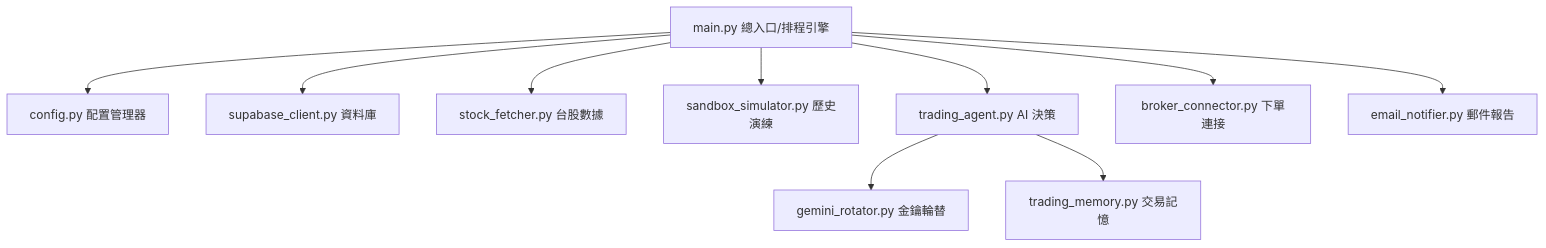
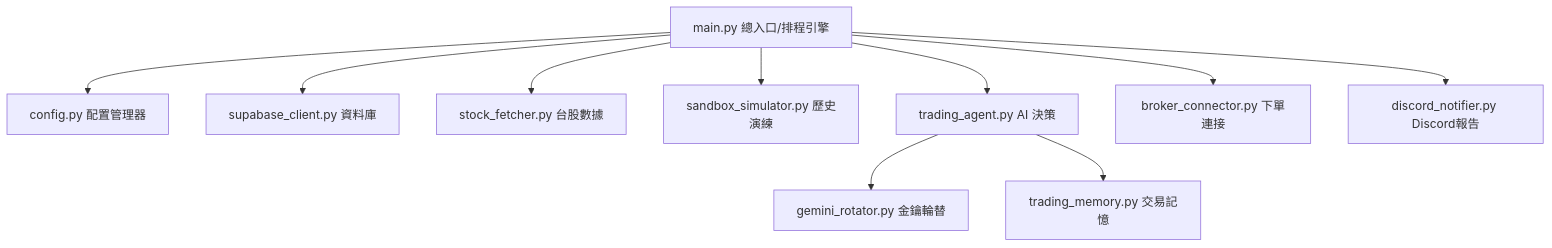
One commit to Jpopaholic/AIAutoStocks changed the diagram in README.md. Above: the diagram before and after it, drawn with Mermaid. The commit also changed other lines of this file and 11 other files, not shown here.

Commit message:
feat: replace email notification service with Discord webhook integration

````diff
--- a/README.md
+++ b/README.md
@@ -17,14 +17,14 @@
 ```mermaid
 graph TD
     A[main.py 總入口/排程引擎] --> B[config.py 配置管理器]
     A --> C[supabase_client.py 資料庫]
     A --> D[stock_fetcher.py 台股數據]
     A --> E[sandbox_simulator.py 歷史演練]
     A --> F[trading_agent.py AI 決策]
     
     F --> G[gemini_rotator.py 金鑰輪替]
     F --> H[trading_memory.py 交易記憶]
     
     A --> I[broker_connector.py 下單連接]
-    A --> J[email_notifier.py 郵件報告]
+    A --> J[discord_notifier.py Discord報告]
 ```
````
